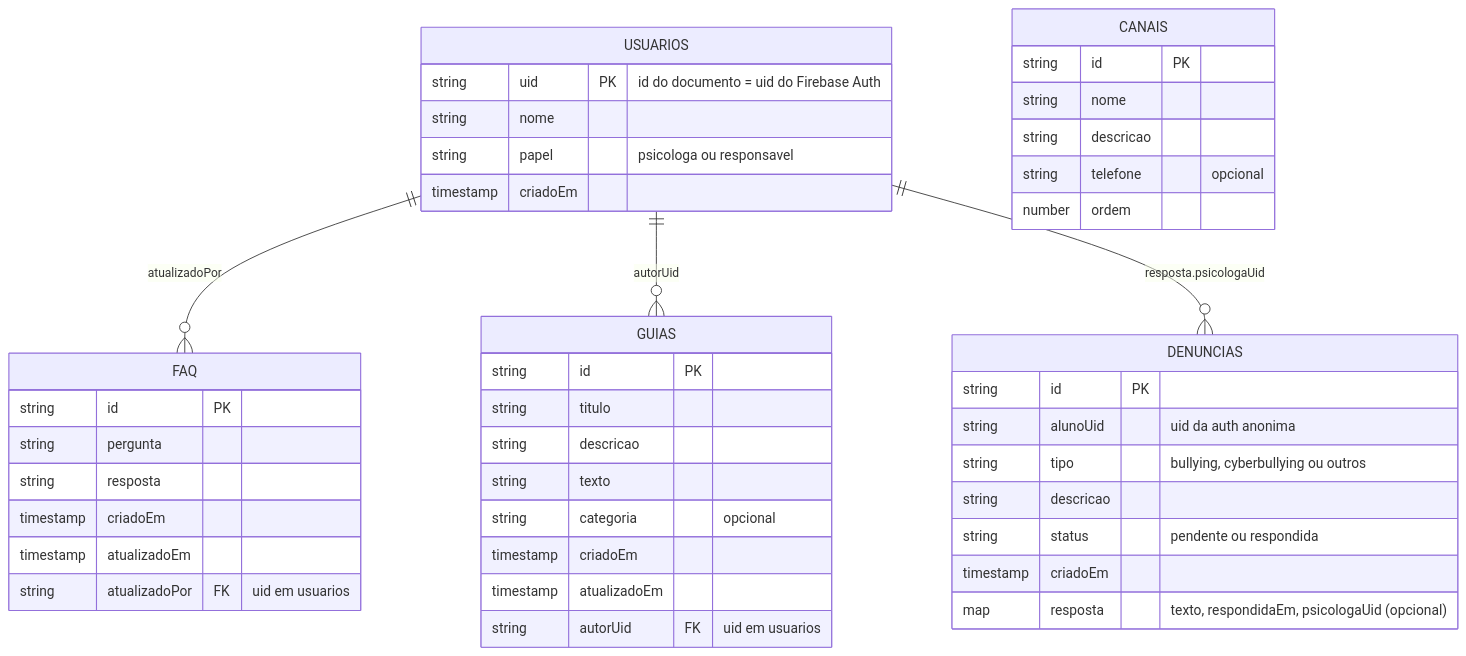
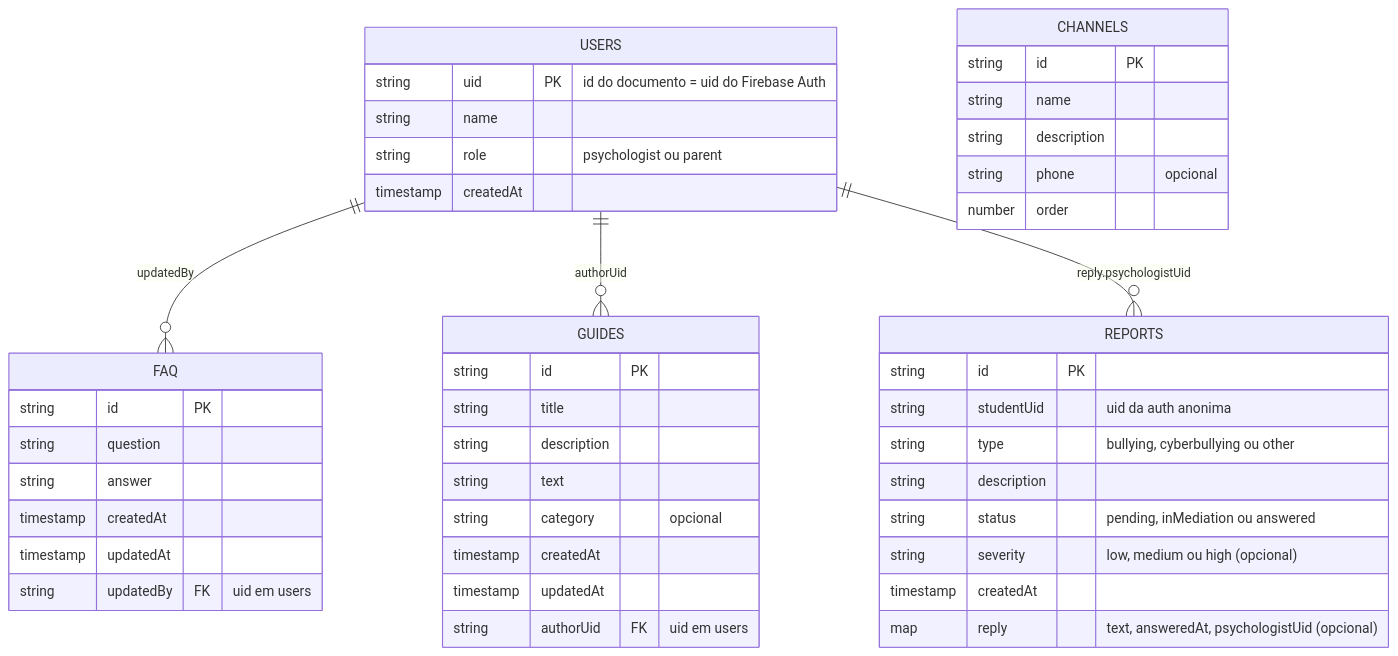
Before and after one commit to maarcos4g/mente-leve: the diagram in docs/modelagem/03-modelagem-firestore.md, drawn with Mermaid. The commit also changed other lines of this file and 18 other files, not shown here.

Commit message:
feat: add report card and summary components for psychologist reports

````diff
--- a/docs/modelagem/03-modelagem-firestore.md
+++ b/docs/modelagem/03-modelagem-firestore.md
@@ -9,46 +9,47 @@
 ```mermaid
 erDiagram
-  USUARIOS {
+  USERS {
     string uid PK "id do documento = uid do Firebase Auth"
-    string nome
-    string papel "psicologa ou responsavel"
-    timestamp criadoEm
+    string name
+    string role "psychologist ou parent"
+    timestamp createdAt
   }
   FAQ {
     string id PK
-    string pergunta
-    string resposta
-    timestamp criadoEm
-    timestamp atualizadoEm
-    string atualizadoPor FK "uid em usuarios"
+    string question
+    string answer
+    timestamp createdAt
+    timestamp updatedAt
+    string updatedBy FK "uid em users"
   }
-  GUIAS {
+  GUIDES {
     string id PK
-    string titulo
-    string descricao
-    string texto
-    string categoria "opcional"
-    timestamp criadoEm
-    timestamp atualizadoEm
-    string autorUid FK "uid em usuarios"
+    string title
+    string description
+    string text
+    string category "opcional"
+    timestamp createdAt
+    timestamp updatedAt
+    string authorUid FK "uid em users"
   }
-  CANAIS {
+  CHANNELS {
     string id PK
-    string nome
-    string descricao
-    string telefone "opcional"
-    number ordem
+    string name
+    string description
+    string phone "opcional"
+    number order
   }
-  DENUNCIAS {
+  REPORTS {
     string id PK
-    string alunoUid "uid da auth anonima"
-    string tipo "bullying, cyberbullying ou outros"
-    string descricao
-    string status "pendente ou respondida"
-    timestamp criadoEm
-    map resposta "texto, respondidaEm, psicologaUid (opcional)"
+    string studentUid "uid da auth anonima"
+    string type "bullying, cyberbullying ou other"
+    string description
+    string status "pending, inMediation ou answered"
+    string severity "low, medium ou high (opcional)"
+    timestamp createdAt
+    map reply "text, answeredAt, psychologistUid (opcional)"
   }
-  USUARIOS ||--o{ FAQ : "atualizadoPor"
-  USUARIOS ||--o{ GUIAS : "autorUid"
-  USUARIOS ||--o{ DENUNCIAS : "resposta.psicologaUid"
+  USERS ||--o{ FAQ : "updatedBy"
+  USERS ||--o{ GUIDES : "authorUid"
+  USERS ||--o{ REPORTS : "reply.psychologistUid"
 ```
````
